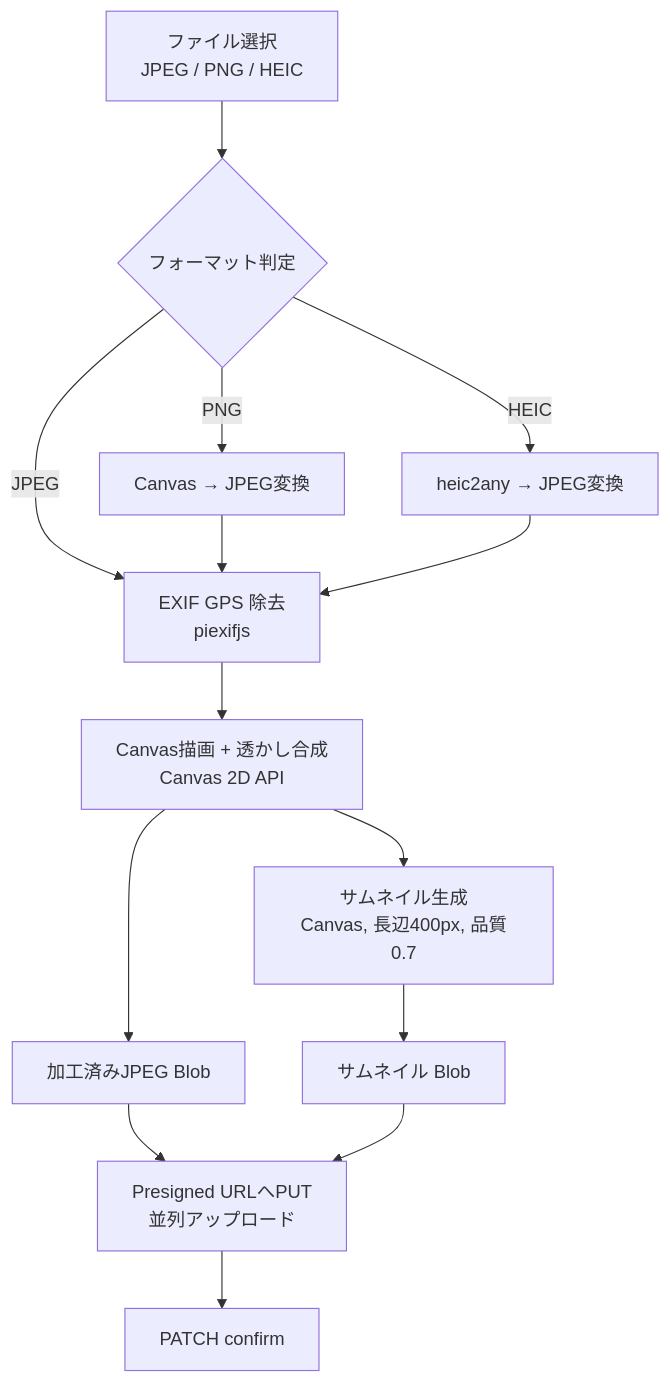
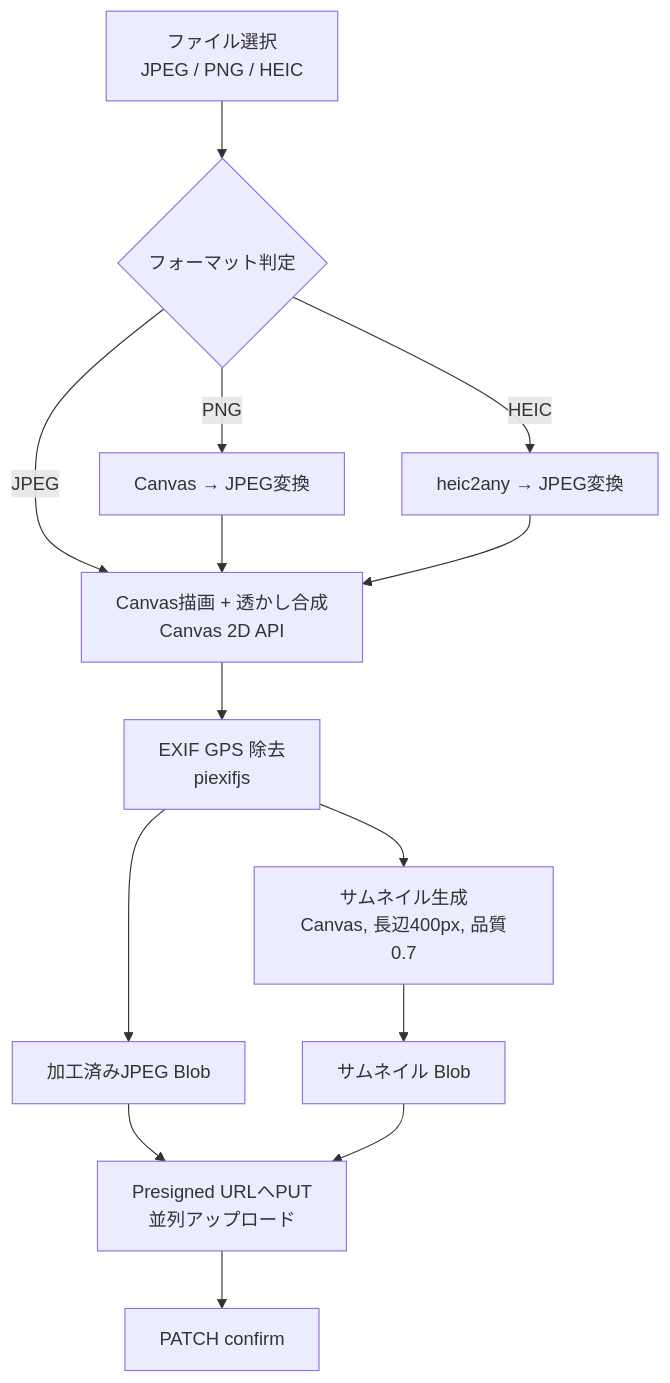
The third of 3 diagrams in docs/screen-flow.md (kuu13580/furdrop), drawn with Mermaid before and after one commit. The commit also changed 7 other files, not shown here.

````diff
--- a/docs/screen-flow.md
+++ b/docs/screen-flow.md
@@ -450,16 +450,16 @@
 ```mermaid
 flowchart TD
     A[ファイル選択<br/>JPEG / PNG / HEIC] --> B{フォーマット判定}
-    B -->|JPEG| D[EXIF GPS 除去<br/>piexifjs]
+    B -->|JPEG| E[Canvas描画 + 透かし合成<br/>Canvas 2D API]
     B -->|PNG| C1[Canvas → JPEG変換]
     B -->|HEIC| C2[heic2any → JPEG変換]
-    C1 --> D
-    C2 --> D
-    D --> E[Canvas描画 + 透かし合成<br/>Canvas 2D API]
-    E --> F[加工済みJPEG Blob]
-    E --> G[サムネイル生成<br/>Canvas, 長辺400px, 品質0.7]
+    C1 --> E
+    C2 --> E
+    E --> D[EXIF GPS 除去<br/>piexifjs]
+    D --> F[加工済みJPEG Blob]
+    D --> G[サムネイル生成<br/>Canvas, 長辺400px, 品質0.7]
     G --> H[サムネイル Blob]
     F --> I[Presigned URLへPUT<br/>並列アップロード]
     H --> I
     I --> J[PATCH confirm]
 ```
````
